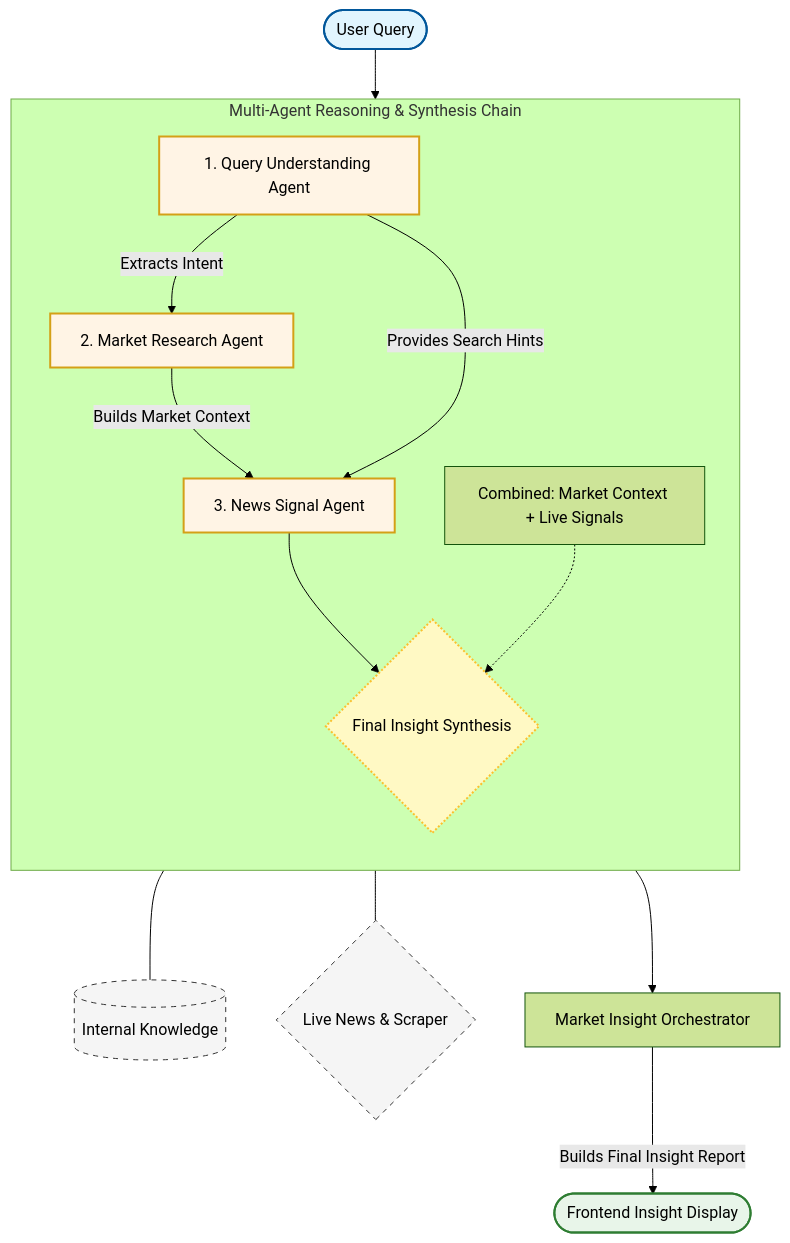
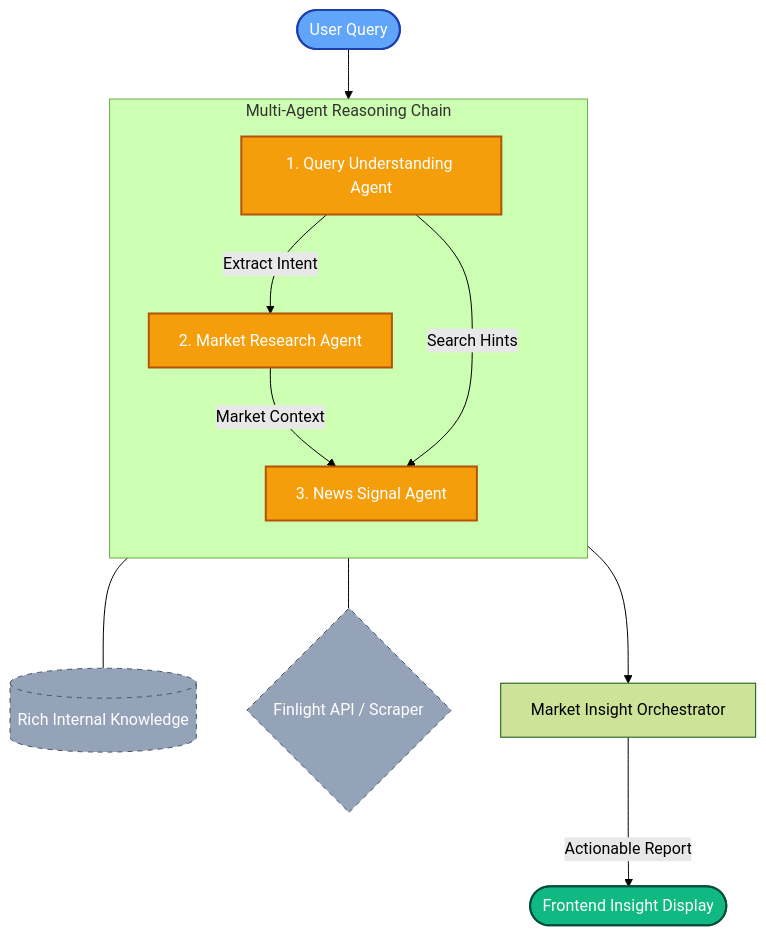
The diagram in README.md (SAHUTHUB/AI-Multi-Agent-Market-Exploration-System), drawn with Mermaid (forest theme) before and after one commit. The commit also changed other lines of this file and 9 other files, not shown here.

````diff
--- a/README.md
+++ b/README.md
@@ -25,43 +22,37 @@
 ```mermaid
 graph TD
     %% Define Styles
-    classDef user fill:#e1f5fe,stroke:#01579b,stroke-width:2px
-    classDef agent fill:#fff4e5,stroke:#d4a017,stroke-width:2px
-    classDef tool fill:#f5f5f5,stroke:#333,stroke-dasharray: 5 5
-    classDef synthesis fill:#fff9c4,stroke:#fbc02d,stroke-width:2px,stroke-dasharray: 2 2
-    classDef result fill:#e8f5e9,stroke:#2e7d32,stroke-width:2px
+    classDef user fill:#60a5fa,stroke:#1e40af,stroke-width:2px,color:#fff
+    classDef agent fill:#f59e0b,stroke:#b45309,stroke-width:2px,color:#fff
+    classDef tool fill:#94a3b8,stroke:#475569,stroke-dasharray: 5 5,color:#fff
+    classDef result fill:#10b981,stroke:#064e3b,stroke-width:2px,color:#fff
 
     %% Flow Start
     Input([User Query]) --> QUA
 
-    subgraph Agents [Multi-Agent Reasoning & Synthesis Chain]
+    subgraph Agents [Multi-Agent Reasoning Chain]
         direction TB
         QUA[1. Query Understanding Agent]
         MRA[2. Market Research Agent]
         NSA[3. News Signal Agent]
         
         %% Sequence & Context Passing
-        QUA -->|Extracts Intent| MRA
-        MRA -->|Builds Market Context| NSA
-        QUA -->|Provides Search Hints| NSA
-
-        %% THE MISSING PIECE: Final Synthesis
-        NSA --> SYN{Final Insight Synthesis}
-        note[Combined: Market Context + Live Signals] -.-> SYN
+        QUA -->|Extract Intent| MRA
+        MRA -->|Market Context| NSA
+        QUA -->|Search Hints| NSA
     end
 
-    %% Tools Interaction (Simplified)
-    MRA --- DB[(Internal Knowledge)]
-    NSA --- Tools{Live News & Scraper}
+    %% Tools Interaction
+    MRA --- DB[(Rich Internal Knowledge)]
+    NSA --- Tools{Finlight API / Scraper}
 
-    %% Orchestrator Packaging
-    SYN --> ORCH[Market Insight Orchestrator]
-    ORCH -->|Builds Final Insight Report| Output([Frontend Insight Display])
+    %% Orchestrator Packing
+    NSA --> ORCH[Market Insight Orchestrator]
+    ORCH -->|Actionable Report| Output([Frontend Insight Display])
 
     %% Assign Classes
     class Input user
     class QUA,MRA,NSA agent
     class DB,Tools tool
-    class SYN synthesis
     class Output result
 ```
````
